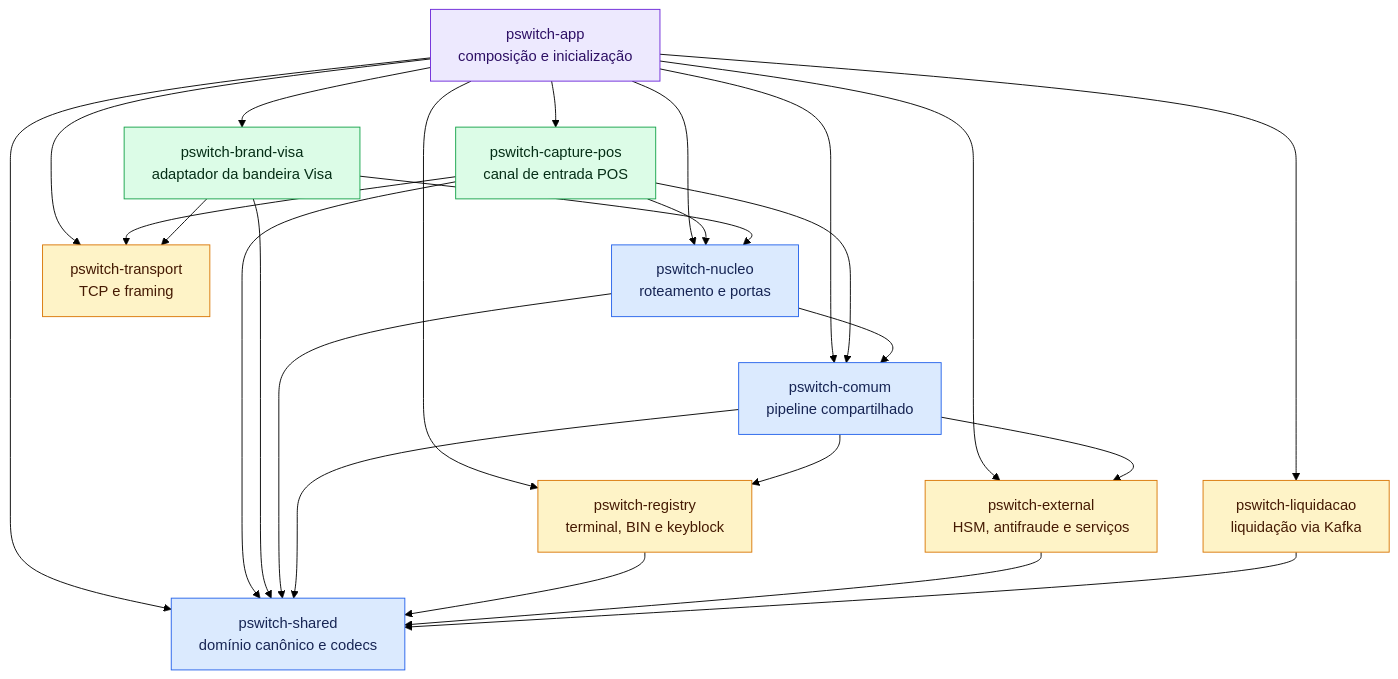
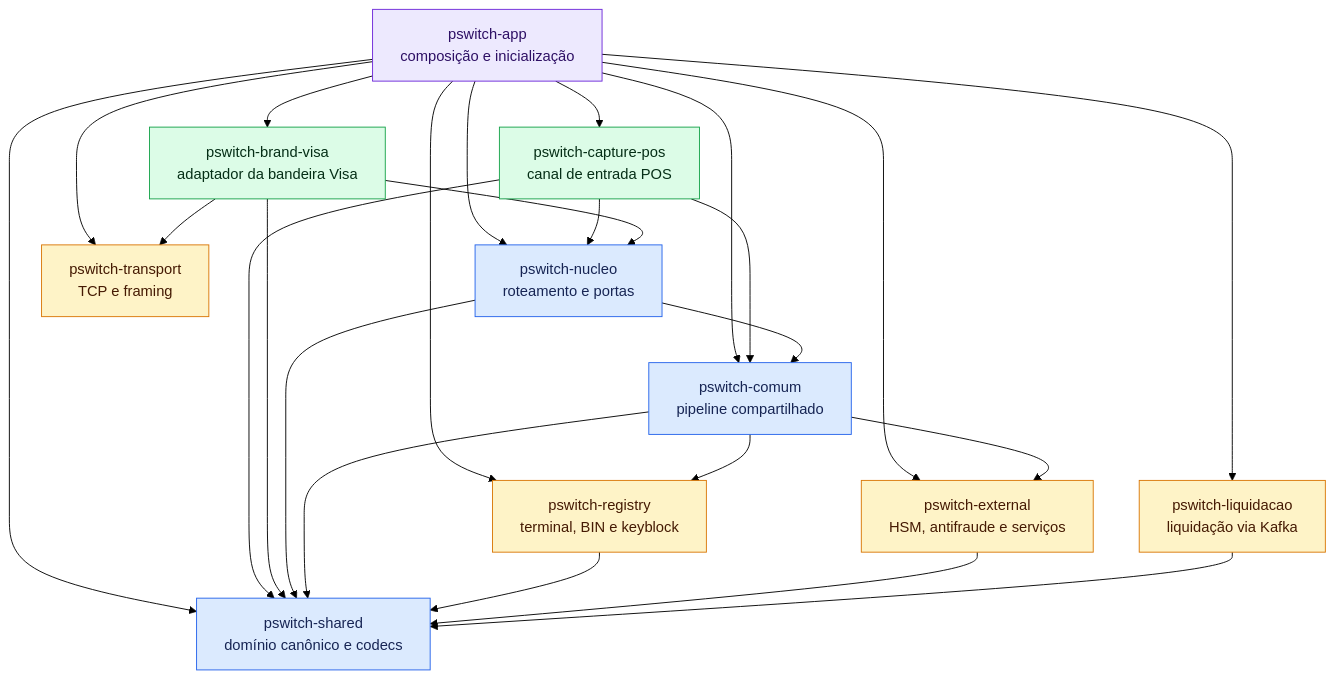
The first of 3 diagrams in docs/arquitetura/relacionamento-modulos.md (rgmartins/switch), drawn with Mermaid (forest theme) before and after one commit. The commit also changed other lines of this file and 13 other files, not shown here.

````diff
--- a/docs/arquitetura/relacionamento-modulos.md
+++ b/docs/arquitetura/relacionamento-modulos.md
@@ -9,54 +9,53 @@
 ```mermaid
 flowchart TB
     app["pswitch-app<br/>composição e inicialização"]
 
     capture["pswitch-capture-pos<br/>canal de entrada POS"]
     visa["pswitch-brand-visa<br/>adaptador da bandeira Visa"]
     nucleo["pswitch-nucleo<br/>roteamento e portas"]
     comum["pswitch-comum<br/>pipeline compartilhado"]
     registry["pswitch-registry<br/>terminal, BIN e keyblock"]
     external["pswitch-external<br/>HSM, antifraude e serviços"]
     liquidacao["pswitch-liquidacao<br/>liquidação via Kafka"]
     transport["pswitch-transport<br/>TCP e framing"]
     shared["pswitch-shared<br/>domínio canônico e codecs"]
 
     app --> capture
     app --> visa
     app --> nucleo
     app --> comum
     app --> registry
     app --> external
     app --> liquidacao
     app --> transport
     app --> shared
 
-    capture --> transport
     capture --> comum
     capture --> nucleo
     capture --> shared
 
     visa --> transport
     visa --> nucleo
     visa --> shared
 
     nucleo --> comum
     nucleo --> shared
 
     comum --> registry
     comum --> external
     comum --> shared
 
     registry --> shared
     external --> shared
     liquidacao --> shared
 
     classDef composition fill:#ede9fe,stroke:#6d28d9,color:#2e1065
     classDef domain fill:#dbeafe,stroke:#2563eb,color:#172554
     classDef adapter fill:#dcfce7,stroke:#16a34a,color:#052e16
     classDef infrastructure fill:#fef3c7,stroke:#d97706,color:#451a03
 
     class app composition
     class nucleo,comum,shared domain
     class capture,visa adapter
     class registry,external,liquidacao,transport infrastructure
 ```
````
